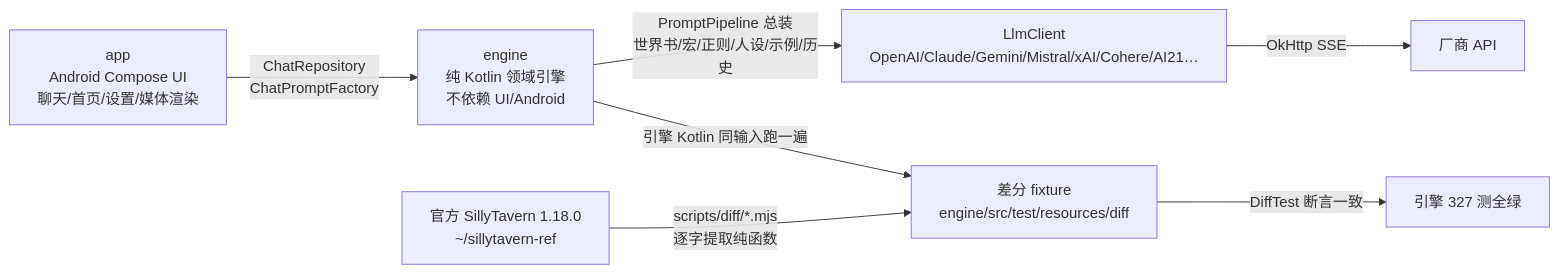
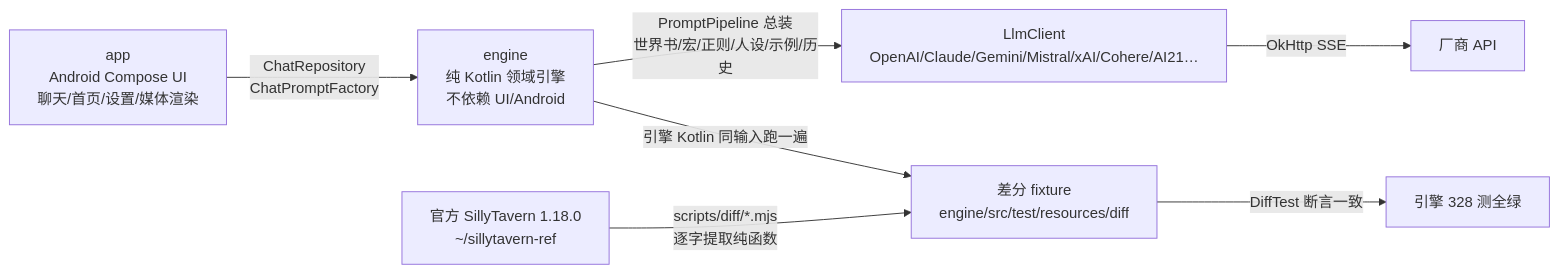
Before and after one commit to heikeyangle-code/ember-inn: the diagram in docs/HANDOFF.md, drawn with Mermaid. The commit also changed other lines of this file and 10 other files, not shown here.

````diff
--- a/docs/HANDOFF.md
+++ b/docs/HANDOFF.md
@@ -7,9 +7,9 @@
 ```mermaid
 flowchart LR
  A[app<br/>Android Compose UI<br/>聊天/首页/设置/媒体渲染] -->|ChatRepository<br/>ChatPromptFactory| B[engine<br/>纯 Kotlin 领域引擎<br/>不依赖 UI/Android]
  B -->|PromptPipeline 总装<br/>世界书/宏/正则/人设/示例/历史| C[LlmClient<br/>OpenAI/Claude/Gemini/Mistral/xAI/Cohere/AI21…]
  C -->|OkHttp SSE| D[厂商 API]
  E[官方 SillyTavern 1.18.0<br/>~/sillytavern-ref] -->|scripts/diff/*.mjs<br/>逐字提取纯函数| F[差分 fixture<br/>engine/src/test/resources/diff]
  B -->|引擎 Kotlin 同输入跑一遍| F
- F -->|DiffTest 断言一致| G[引擎 327 测全绿]
+ F -->|DiffTest 断言一致| G[引擎 328 测全绿]
 ```
````
